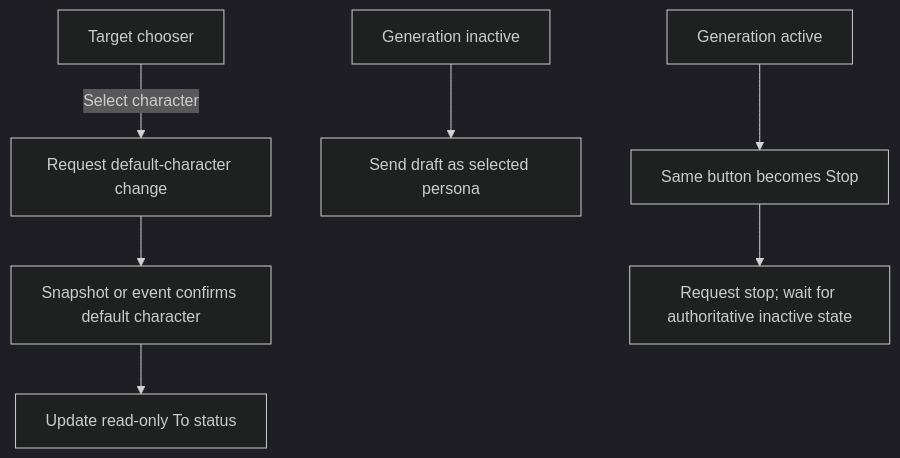
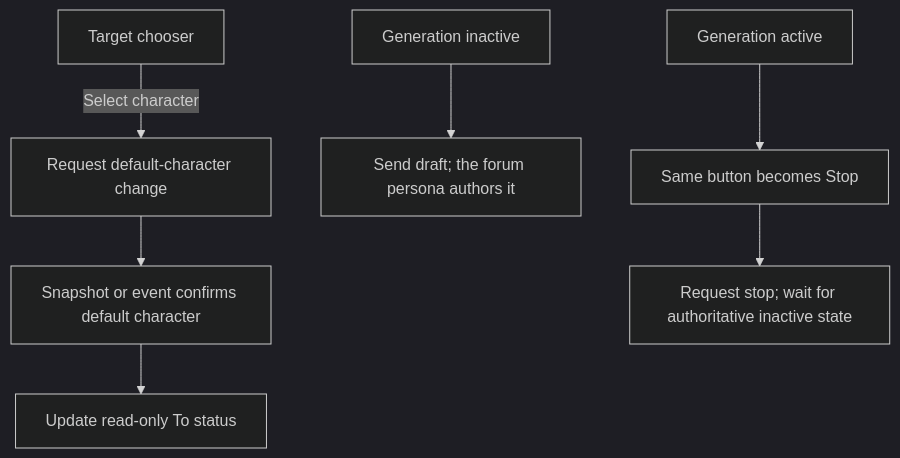
One commit to michaelpopov/cha changed the sixth of 6 diagrams in docs/web-ui/flows.md. Above: the diagram before and after it, drawn with Mermaid (dark theme). The commit also changed other lines of this file and 51 other files, not shown here.

Commit message:
Making persona forum level

````diff
--- a/docs/web-ui/flows.md
+++ b/docs/web-ui/flows.md
@@ -82,9 +82,9 @@
 ```mermaid
 flowchart TD
     Target["Target chooser"] -->|"Select character"| Request["Request default-character change"]
     Request --> Snapshot["Snapshot or event confirms default character"]
     Snapshot --> Status["Update read-only To status"]
-    Idle["Generation inactive"] --> Send["Send draft as selected persona"]
+    Idle["Generation inactive"] --> Send["Send draft; the forum persona authors it"]
     Active["Generation active"] --> Stop["Same button becomes Stop"]
     Stop --> Stopping["Request stop; wait for authoritative inactive state"]
 ```
````
